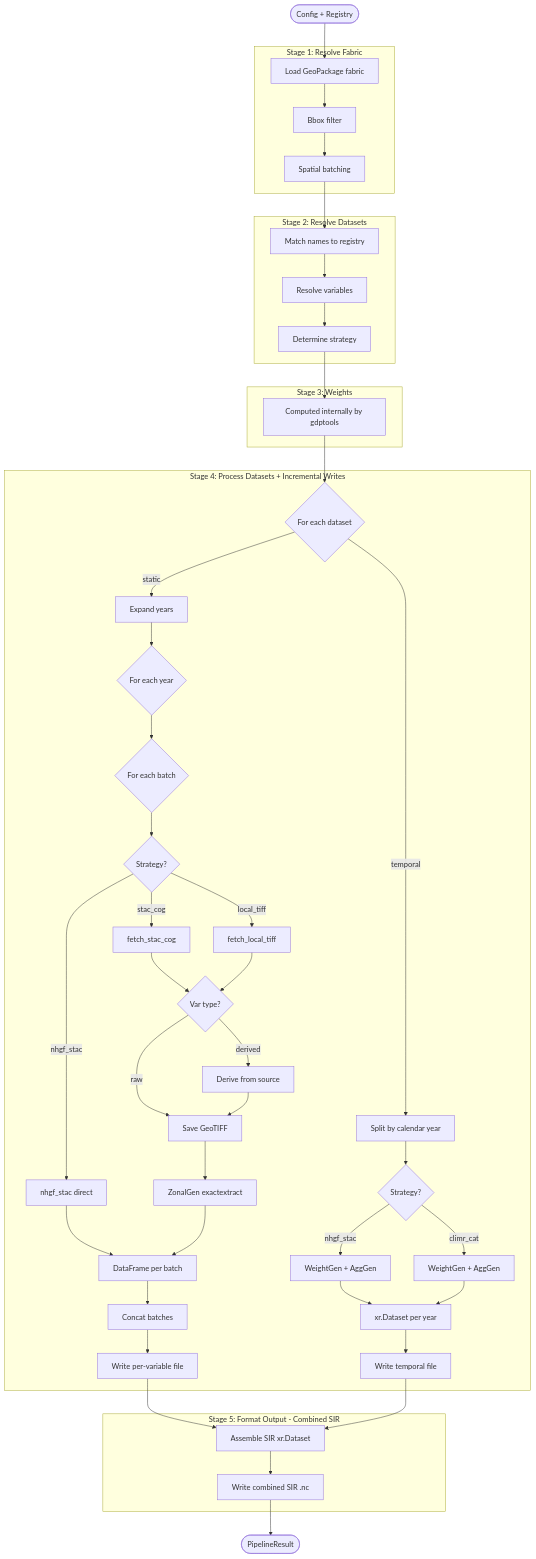
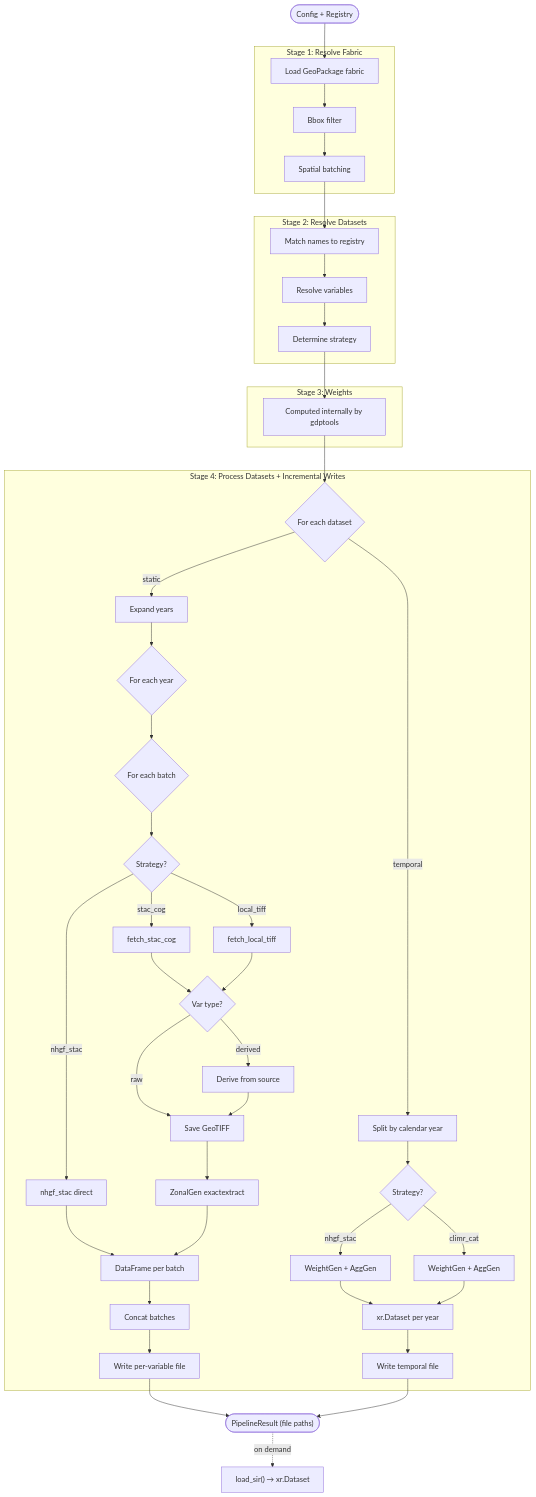
The diagram in docs/pipeline_flowchart.md (rmcd-mscb/hydro-param), drawn with Mermaid before and after one commit. The commit also changed other lines of this file and 4 other files, not shown here.

First line of the commit message:
fix: remove combined SIR assembly, use lazy load_sir() (#62)

````diff
--- a/docs/pipeline_flowchart.md
+++ b/docs/pipeline_flowchart.md
@@ -3,65 +3,61 @@
 ```mermaid
 flowchart TB
     START(["Config + Registry"]) --> S1A
 
     subgraph Stage1["Stage 1: Resolve Fabric"]
         S1A["Load GeoPackage fabric"] --> S1B["Bbox filter"]
         S1B --> S1C["Spatial batching"]
     end
 
     S1C --> S2A
 
     subgraph Stage2["Stage 2: Resolve Datasets"]
         S2A["Match names to registry"] --> S2B["Resolve variables"]
         S2B --> S2C["Determine strategy"]
     end
 
     S2C --> S3
 
     subgraph Stage3["Stage 3: Weights"]
         S3["Computed internally by gdptools"]
     end
 
     S3 --> LOOP
 
     subgraph Stage4["Stage 4: Process Datasets + Incremental Writes"]
         LOOP{"For each dataset"}
 
         LOOP -->|temporal| T1["Split by calendar year"]
         LOOP -->|static| B0["Expand years"]
 
         T1 --> T2{"Strategy?"}
         T2 -->|nhgf_stac| T3["WeightGen + AggGen"]
         T2 -->|climr_cat| T4["WeightGen + AggGen"]
         T3 --> T5["xr.Dataset per year"]
         T4 --> T5
         T5 --> TW["Write temporal file"]
 
         B0 --> B1{"For each year"}
         B1 --> B2{"For each batch"}
         B2 --> B3{"Strategy?"}
         B3 -->|stac_cog| B4["fetch_stac_cog"]
         B3 -->|local_tiff| B5["fetch_local_tiff"]
         B3 -->|nhgf_stac| B6["nhgf_stac direct"]
         B4 --> B7{"Var type?"}
         B5 --> B7
         B7 -->|raw| B8["Save GeoTIFF"]
         B7 -->|derived| B9["Derive from source"]
         B9 --> B8
         B8 --> B10["ZonalGen exactextract"]
         B6 --> B11["DataFrame per batch"]
         B10 --> B11
 
         B11 --> MERGE["Concat batches"]
         MERGE --> VW["Write per-variable file"]
     end
 
-    VW --> S5A
-    TW --> S5A
+    VW --> RESULT(["PipelineResult (file paths)"])
+    TW --> RESULT
 
-    subgraph Stage5["Stage 5: Format Output - Combined SIR"]
-        S5A["Assemble SIR xr.Dataset"] --> S5B["Write combined SIR .nc"]
-    end
-
-    S5B --> RESULT(["PipelineResult"])
+    RESULT -.->|"on demand"| LOAD["load_sir() → xr.Dataset"]
 ```
````
